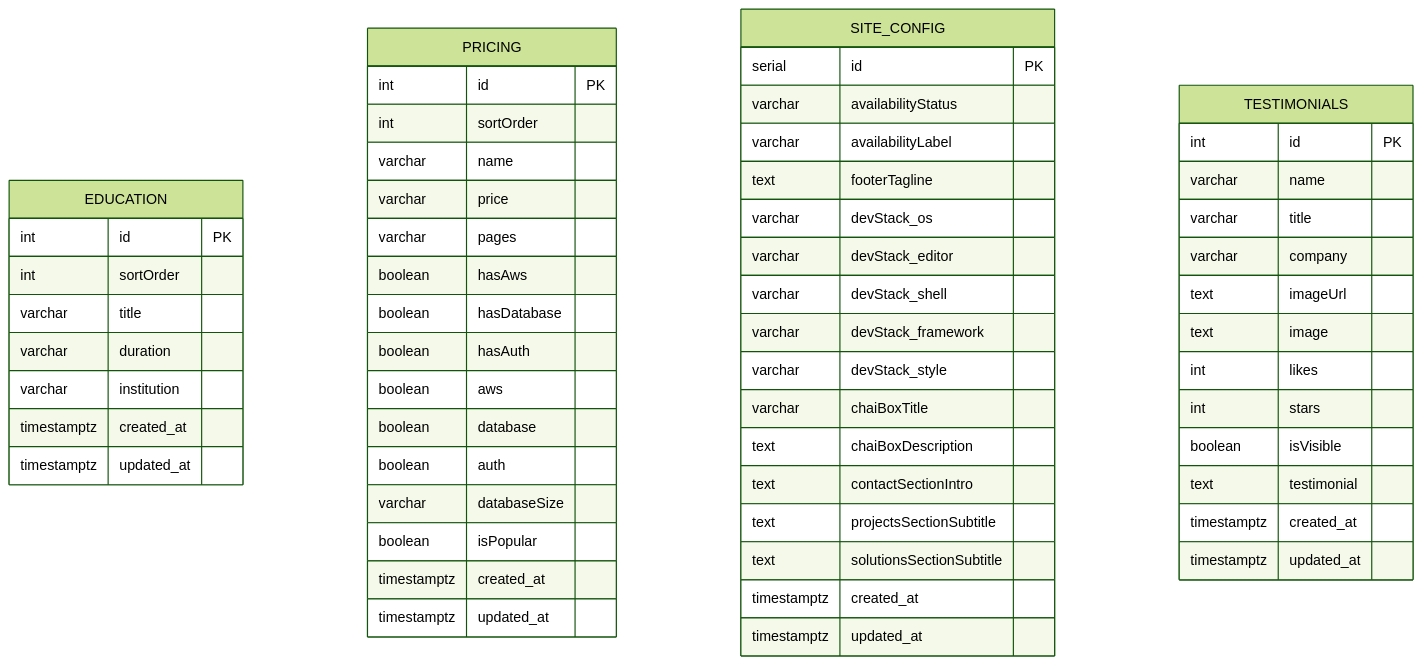
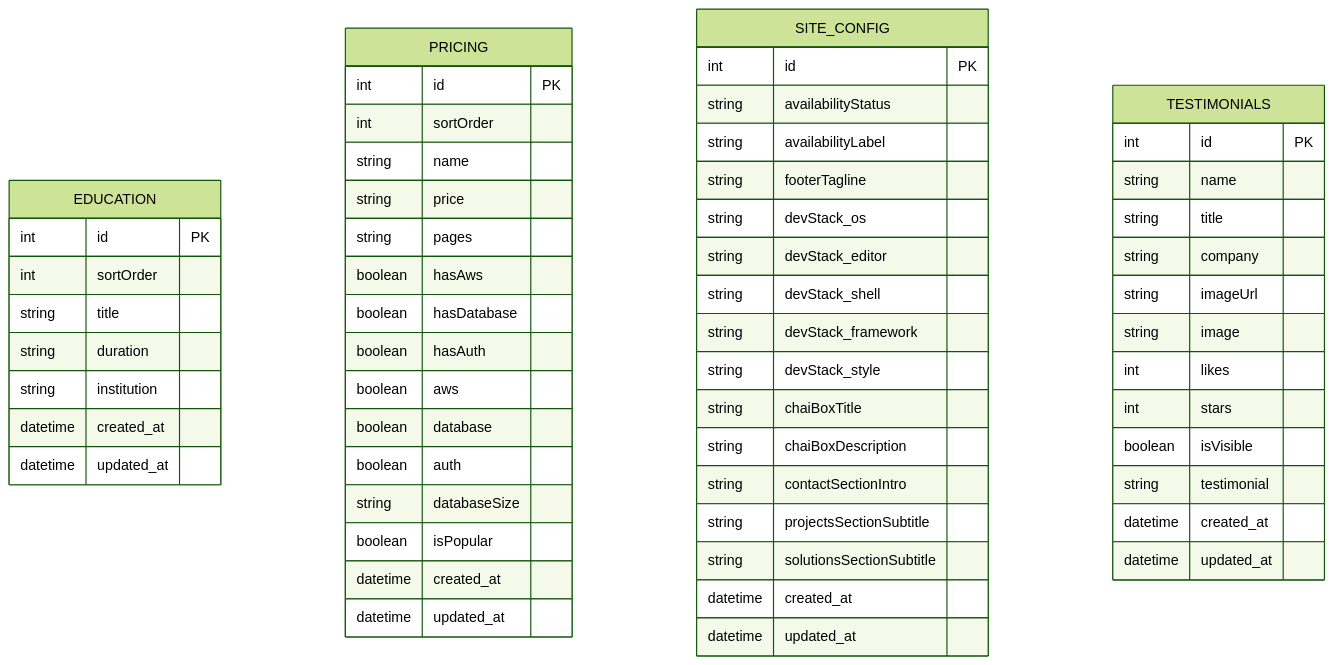
Before and after one commit to Haiderali445/portfolio-website: the ninth of 20 diagrams in README.md, drawn with Mermaid (forest theme). The commit also changed other lines of this file and 2 other files, not shown here.

````diff
--- a/README.md
+++ b/README.md
@@ -516,64 +516,64 @@
 ```mermaid
 erDiagram
     EDUCATION {
         int id PK
         int sortOrder
-        varchar title
-        varchar duration
-        varchar institution
-        timestamptz created_at
-        timestamptz updated_at
+        string title
+        string duration
+        string institution
+        datetime created_at
+        datetime updated_at
     }
 
     PRICING {
         int id PK
         int sortOrder
-        varchar name
-        varchar price
-        varchar pages
+        string name
+        string price
+        string pages
         boolean hasAws
         boolean hasDatabase
         boolean hasAuth
         boolean aws
         boolean database
         boolean auth
-        varchar databaseSize
+        string databaseSize
         boolean isPopular
-        timestamptz created_at
-        timestamptz updated_at
+        datetime created_at
+        datetime updated_at
     }
 
     SITE_CONFIG {
-        serial id PK
-        varchar availabilityStatus
-        varchar availabilityLabel
-        text footerTagline
-        varchar devStack_os
-        varchar devStack_editor
-        varchar devStack_shell
-        varchar devStack_framework
-        varchar devStack_style
-        varchar chaiBoxTitle
-        text chaiBoxDescription
-        text contactSectionIntro
-        text projectsSectionSubtitle
-        text solutionsSectionSubtitle
-        timestamptz created_at
-        timestamptz updated_at
+        int id PK
+        string availabilityStatus
+        string availabilityLabel
+        string footerTagline
+        string devStack_os
+        string devStack_editor
+        string devStack_shell
+        string devStack_framework
+        string devStack_style
+        string chaiBoxTitle
+        string chaiBoxDescription
+        string contactSectionIntro
+        string projectsSectionSubtitle
+        string solutionsSectionSubtitle
+        datetime created_at
+        datetime updated_at
     }
 
     TESTIMONIALS {
         int id PK
-        varchar name
-        varchar title
-        varchar company
-        text imageUrl
-        text image
+        string name
+        string title
+        string company
+        string imageUrl
+        string image
         int likes
         int stars
         boolean isVisible
-        text testimonial
-        timestamptz created_at
-        timestamptz updated_at
+        string testimonial
+        datetime created_at
+        datetime updated_at
     }
 ```
````
